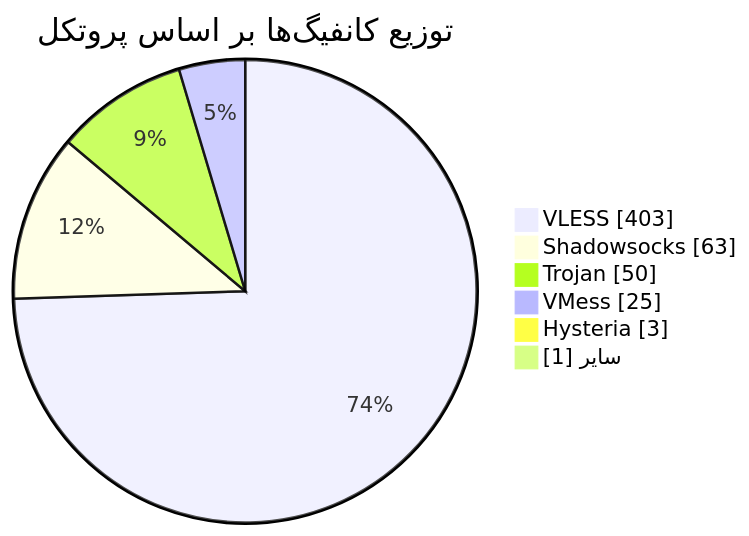
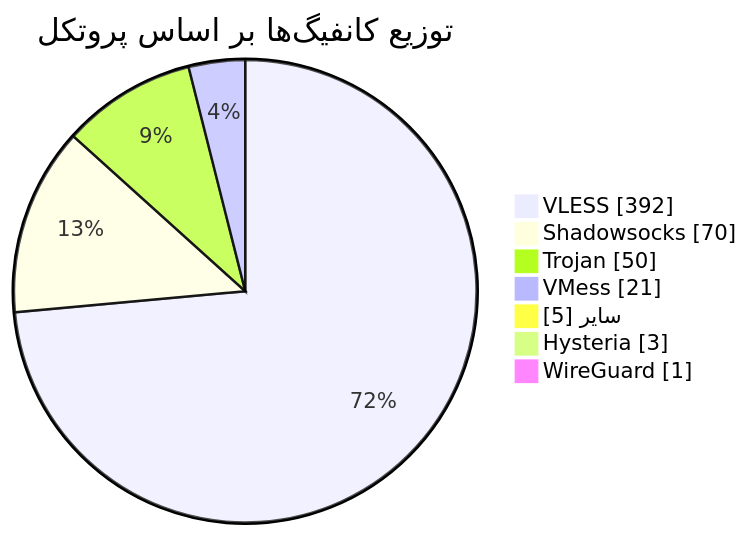
The diagram in README.md (Arian-Alijani/Somthing), drawn with Mermaid before and after one commit. The commit also changed other lines of this file and 87 other files, not shown here.

````diff
--- a/README.md
+++ b/README.md
@@ -48,10 +49,11 @@
 ```mermaid
 pie showData
     title توزیع کانفیگ‌ها بر اساس پروتکل
-    "VLESS" : 403
-    "Shadowsocks" : 63
+    "VLESS" : 392
+    "Shadowsocks" : 70
     "Trojan" : 50
-    "VMess" : 25
+    "VMess" : 21
+    "سایر" : 5
     "Hysteria" : 3
-    "سایر" : 1
+    "WireGuard" : 1
 ```
````
